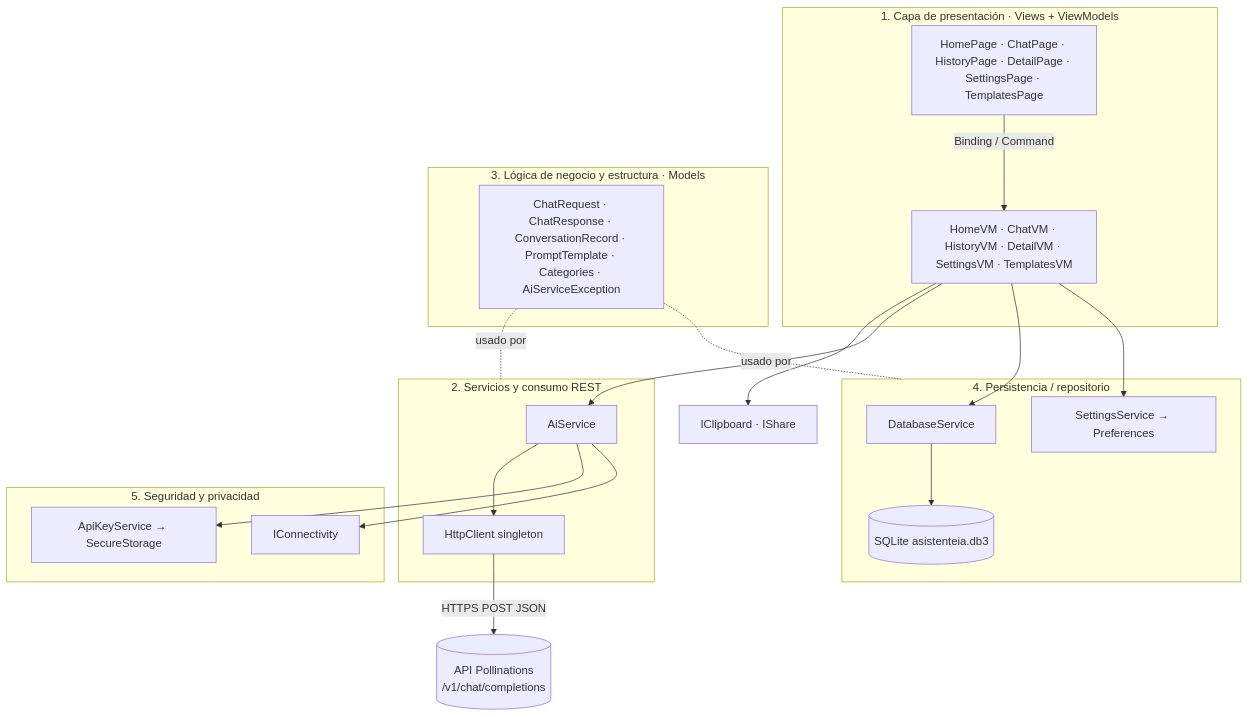
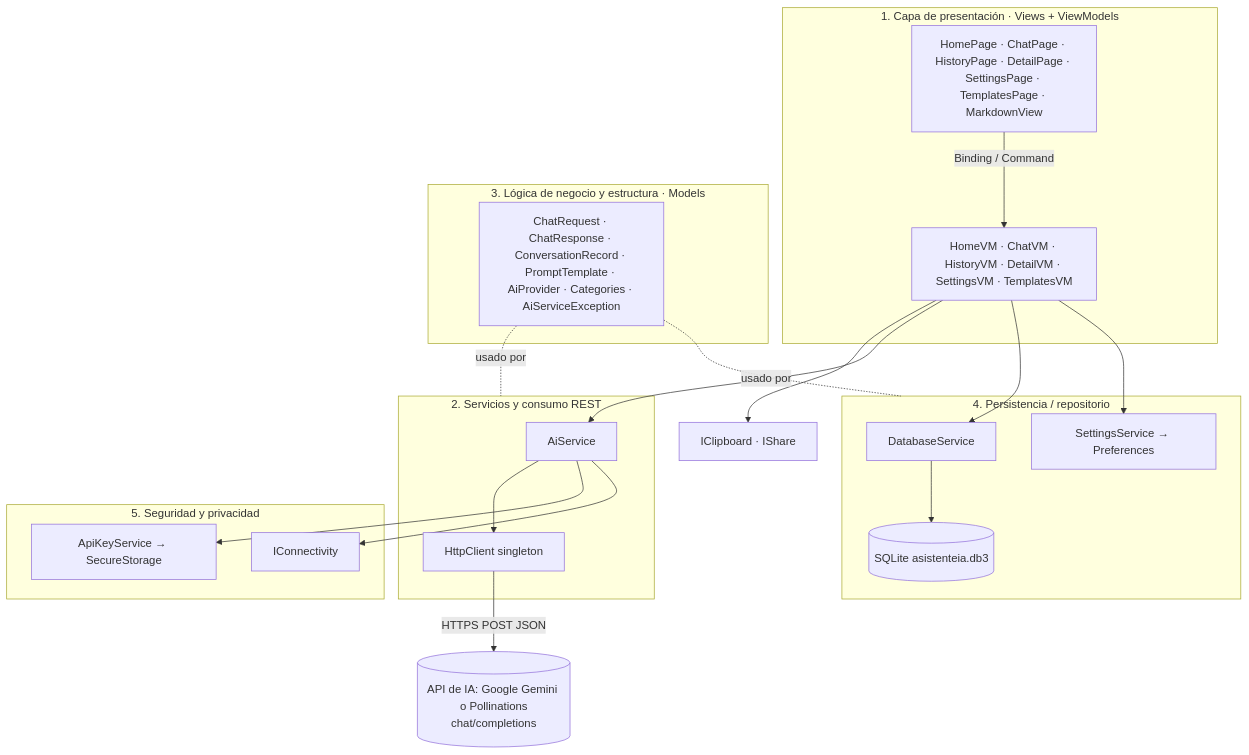
The first of 2 diagrams in docs/02-arquitectura.md (Wildermangt/Proyecto-final---Asistente-de-IA-academico), drawn with Mermaid before and after one commit. The commit also changed other lines of this file and 15 other files, not shown here.

First line of the commit message:
docs: documentos de entrega en PDF y diagramas renderizados

````diff
--- a/docs/02-arquitectura.md
+++ b/docs/02-arquitectura.md
@@ -5,36 +5,36 @@
 ```mermaid
 flowchart TB
     subgraph P [1. Capa de presentación · Views + ViewModels]
-        V[HomePage · ChatPage · HistoryPage · DetailPage · SettingsPage · TemplatesPage]
+        V[HomePage · ChatPage · HistoryPage · DetailPage · SettingsPage · TemplatesPage · MarkdownView]
         VM[HomeVM · ChatVM · HistoryVM · DetailVM · SettingsVM · TemplatesVM]
         V -- Binding / Command --> VM
     end
     subgraph S [2. Servicios y consumo REST]
         AI[AiService]
         HC[HttpClient singleton]
         AI --> HC
     end
     subgraph L [3. Lógica de negocio y estructura · Models]
-        M[ChatRequest · ChatResponse · ConversationRecord · PromptTemplate · Categories · AiServiceException]
+        M[ChatRequest · ChatResponse · ConversationRecord · PromptTemplate · AiProvider · Categories · AiServiceException]
     end
     subgraph R [4. Persistencia / repositorio]
         DB[DatabaseService]
         SQL[(SQLite asistenteia.db3)]
         PR[SettingsService → Preferences]
         DB --> SQL
     end
     subgraph SEC [5. Seguridad y privacidad]
         K[ApiKeyService → SecureStorage]
         CN[IConnectivity]
     end
     PLT[IClipboard · IShare]
     VM --> PLT
     VM --> AI
     VM --> DB
     VM --> PR
     AI --> K
     AI --> CN
-    HC -- HTTPS POST JSON --> API[(API Pollinations\n/v1/chat/completions)]
+    HC -- HTTPS POST JSON --> API[(API de IA: Google Gemini o Pollinations\nchat/completions)]
     M -. usado por .- S
     M -. usado por .- R
 ```
````
